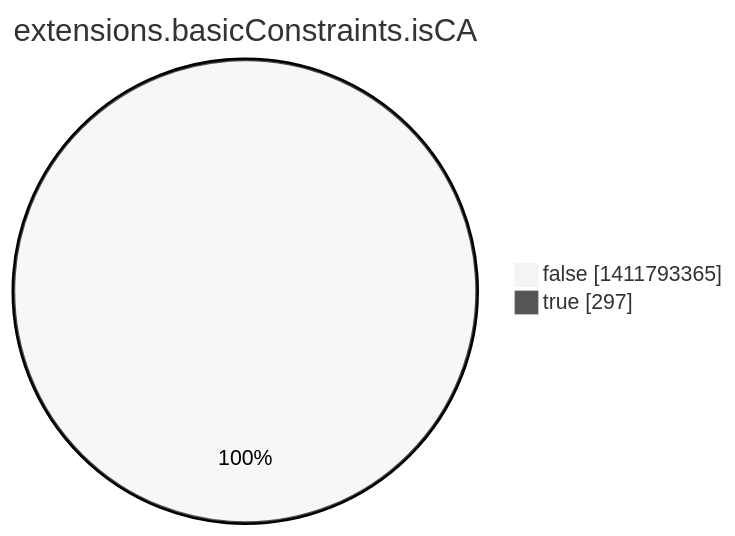
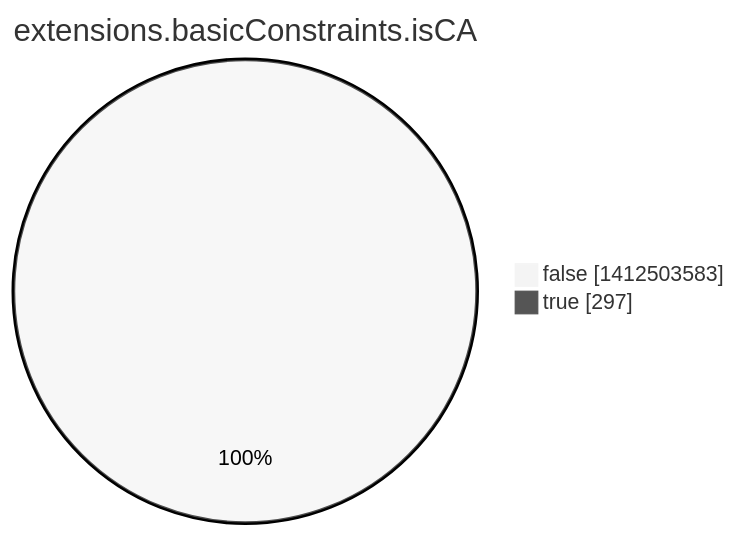
Before and after one commit to christiankrug/ctmonitor_visualization: the eighth of 15 diagrams in argon2022/README.md, drawn with Mermaid (neutral theme). The commit also changed other lines of this file, not shown here.

````diff
--- a/argon2022/README.md
+++ b/argon2022/README.md
@@ -2760,6 +2760,6 @@
 ```mermaid
 pie showData
 title extensions.basicConstraints.isCA
-"false" :1411793365
+"false" :1412503583
 "true" :297
 ```
````
